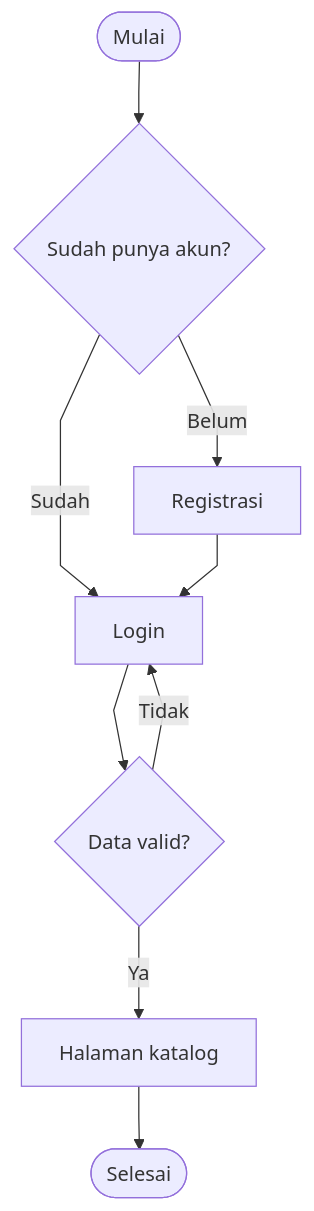
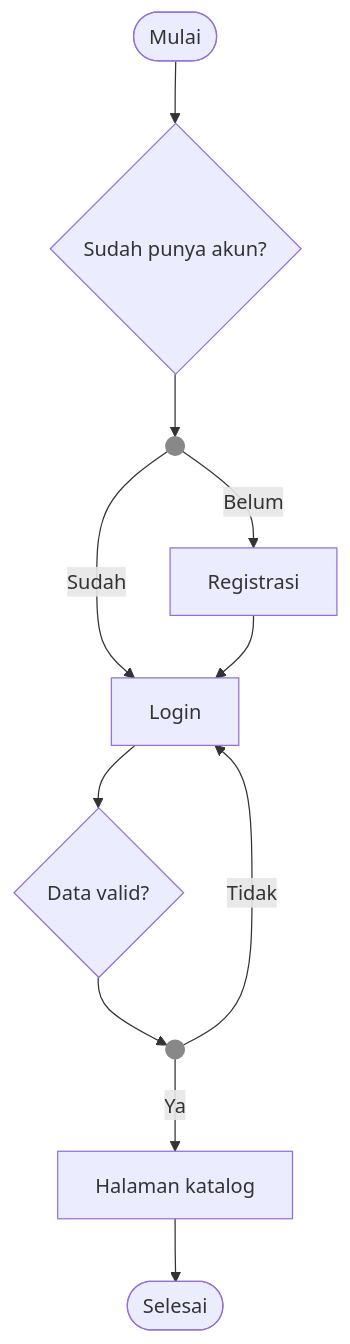
Before and after one commit to RPLUNIT052026/KELOMPOK-6---PinjamKuy: the first of 3 diagrams in sprint-1/flowchart.md, drawn with Mermaid.

````diff
--- a/sprint-1/flowchart.md
+++ b/sprint-1/flowchart.md
@@ -7,12 +7,16 @@
 ```mermaid
-%%{init: {"flowchart": {"defaultRenderer": "dagre", "curve": "linear"}} }%%
 flowchart TD
     A([Mulai]) --> B{Sudah punya akun?}
-    B -- Sudah --> D[Login]
-    B -- Belum --> C[Registrasi]
+    B --> J(( ))
+    J -- Sudah --> D[Login]
+    J -- Belum --> C[Registrasi]
     C --> D
     D --> E{Data valid?}
-    E -- Ya --> F[Halaman katalog]
-    E -- Tidak --> D
+    E --> K(( ))
+    K -- Ya --> F[Halaman katalog]
+    K -- Tidak --> D
     F --> G([Selesai])
+
+    classDef dot width:8px,height:8px,fill:#888,stroke:#888
+    class J,K dot
 ```
````
